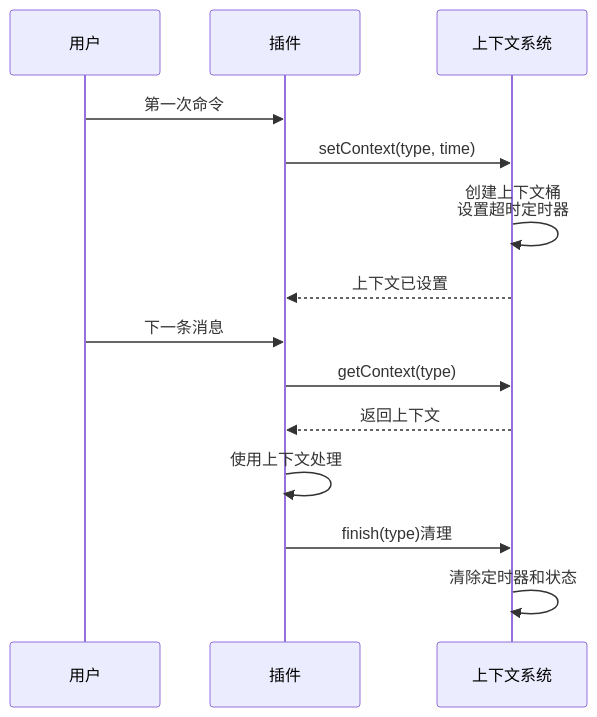
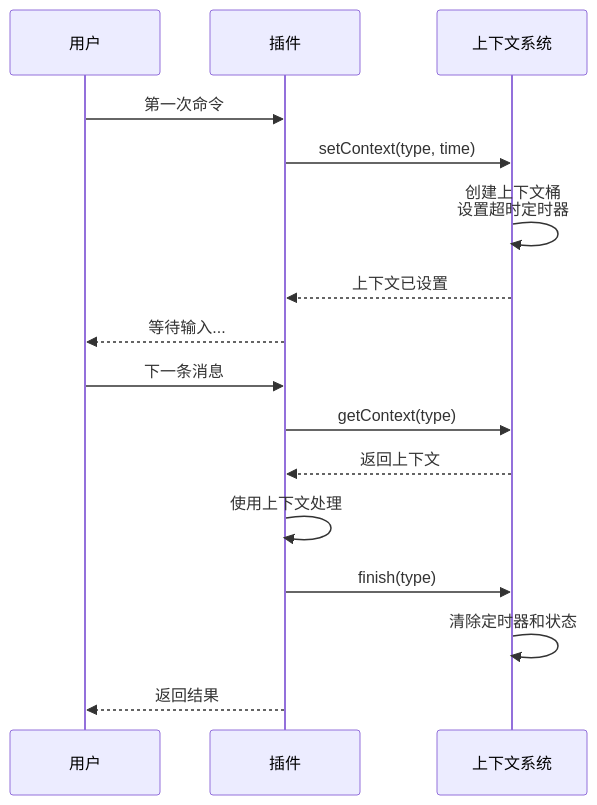
The third of 3 diagrams in docs/plugin-base.md (sunflowermm/XRK-AGT), drawn with Mermaid before and after one commit. The commit also changed other lines of this file and 4 other files, not shown here.

````diff
--- a/docs/plugin-base.md
+++ b/docs/plugin-base.md
@@ -239,18 +173,20 @@
 ```mermaid
 sequenceDiagram
     participant User as 用户
     participant Plugin as 插件
     participant Context as 上下文系统
     
     User->>Plugin: 第一次命令
     Plugin->>Context: setContext(type, time)
     Context->>Context: 创建上下文桶<br/>设置超时定时器
     Context-->>Plugin: 上下文已设置
+    Plugin-->>User: 等待输入...
     
     User->>Plugin: 下一条消息
     Plugin->>Context: getContext(type)
     Context-->>Plugin: 返回上下文
     Plugin->>Plugin: 使用上下文处理
-    Plugin->>Context: finish(type)清理
+    Plugin->>Context: finish(type)
     Context->>Context: 清除定时器和状态
+    Plugin-->>User: 返回结果
 ```
````
